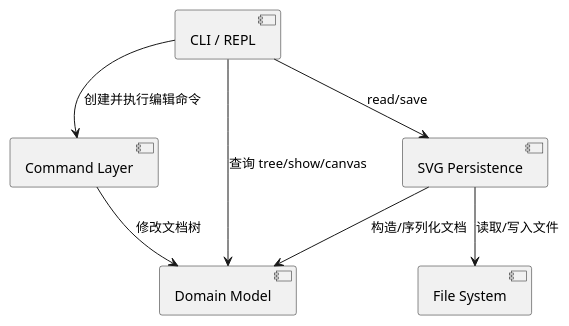
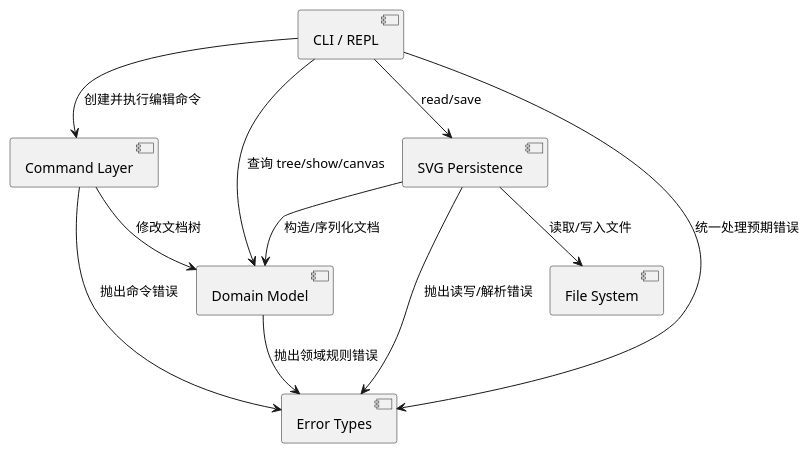
One commit to YuxinHu1202/svg-editor changed the diagram in doc/README.md. Above: the diagram before and after it, drawn with PlantUML. The commit also changed other lines of this file, not shown here.

````diff
--- a/doc/README.md
+++ b/doc/README.md
@@ -18,16 +36,21 @@
 ```plantuml
 @startuml
 component "CLI / REPL" as CLI
 component "Command Layer" as Commands
 component "Domain Model" as Model
 component "SVG Persistence" as Persistence
+component "Error Types" as Error
 component "File System" as FS
 
 CLI --> Commands : 创建并执行编辑命令
 CLI --> Model : 查询 tree/show/canvas
 CLI --> Persistence : read/save
+CLI --> Error : 统一处理预期错误
 Commands --> Model : 修改文档树
+Commands --> Error : 抛出命令错误
 Persistence --> Model : 构造/序列化文档
+Persistence --> Error : 抛出读写/解析错误
+Model --> Error : 抛出领域规则错误
 Persistence --> FS : 读取/写入文件
 @enduml
 ```
````
